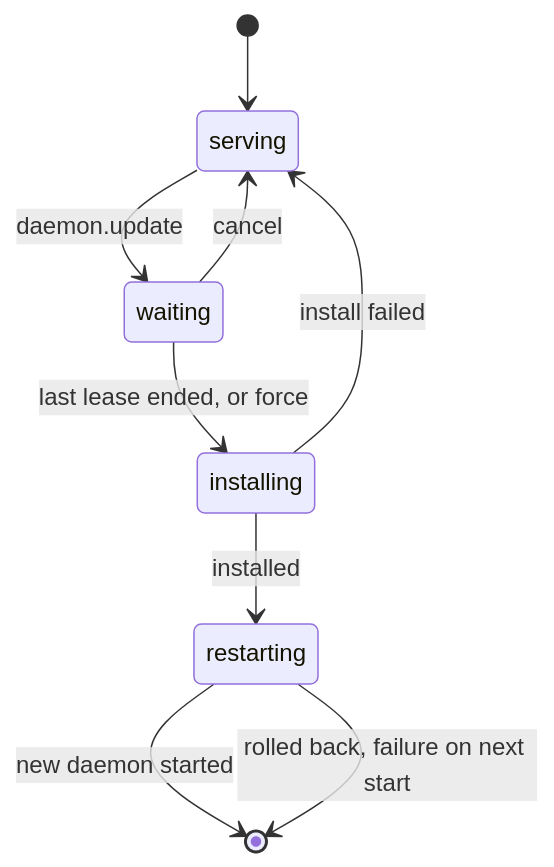
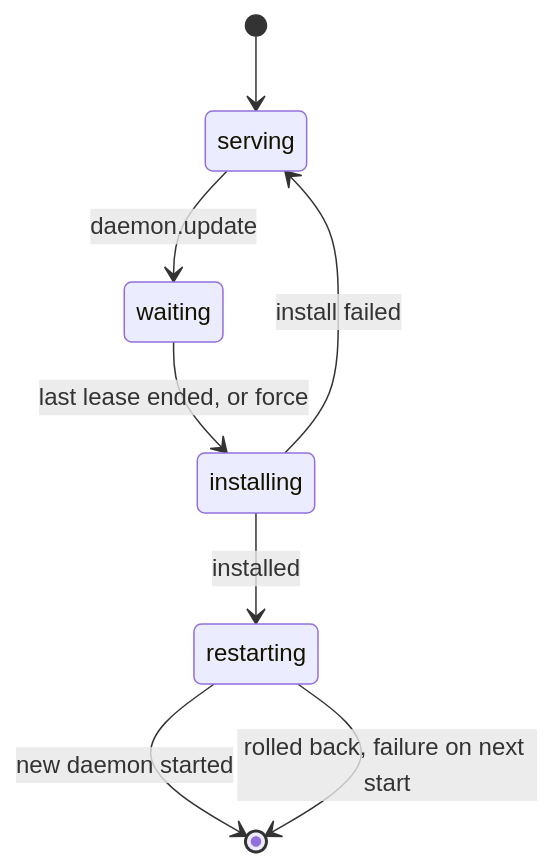
One commit to callstackincubator/simlock changed the third of 3 diagrams in docs/internal/adr/0042-simlock-updates-itself-through-a-frozen-call-and-a-detached-updater.md. Above: the diagram before and after it, drawn with Mermaid. The commit also changed other lines of this file, not shown here.

Commit message:
docs(adr): 0042 no cancel, no version clash, no gateway lease hold, no reroute

````diff
--- a/docs/internal/adr/0042-simlock-updates-itself-through-a-frozen-call-and-a-detached-updater.md
+++ b/docs/internal/adr/0042-simlock-updates-itself-through-a-frozen-call-and-a-detached-updater.md
@@ -158,11 +156,10 @@
 ```mermaid
 stateDiagram-v2
   [*] --> serving
   serving --> waiting: daemon.update
-  waiting --> serving: cancel
   waiting --> installing: last lease ended, or force
   installing --> serving: install failed
   installing --> restarting: installed
   restarting --> [*]: new daemon started
   restarting --> [*]: rolled back, failure on next start
 ```
````
